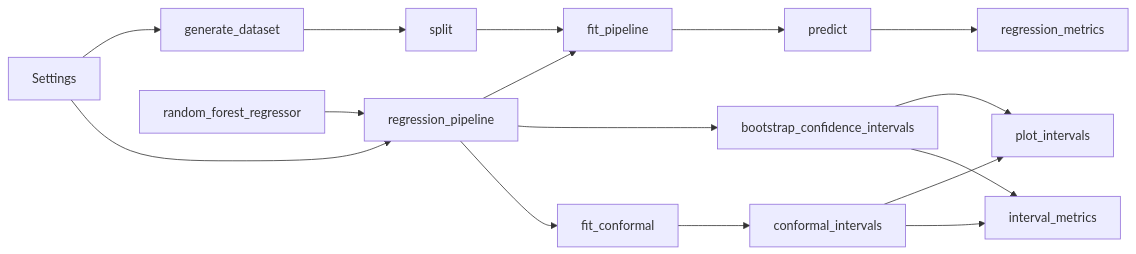
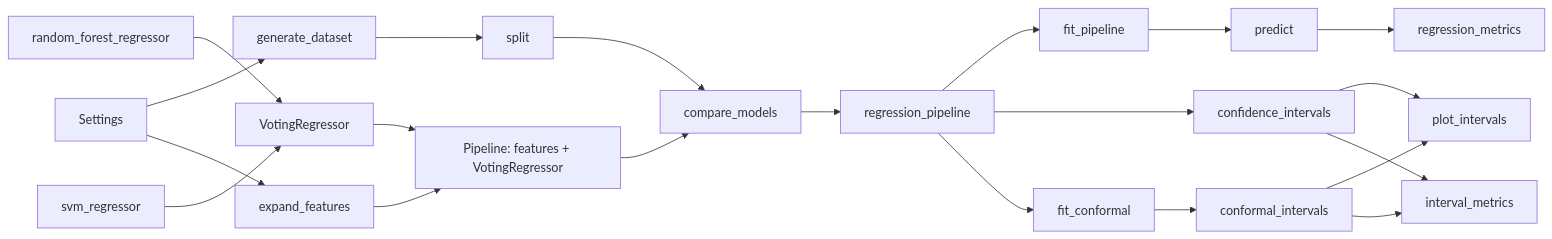
Before and after one commit to ELC/jupyter-book-template: the diagram in AGENTS.md, drawn with Mermaid. The commit also changed other lines of this file and 27 other files, not shown here.

Commit message:
refactor: replace MultiRegressor with VotingRegressor in pipeline, implement cross-validation confidence intervals, and update related tests for improved clarity and functionality

````diff
--- a/AGENTS.md
+++ b/AGENTS.md
@@ -56,18 +58,23 @@
 ```mermaid
 flowchart LR
   Settings --> generate_dataset
-  Settings --> regression_pipeline
-  random_forest_regressor --> regression_pipeline
+  Settings --> expand_features
+  expand_features --> ensemble_pipeline[Pipeline: features + VotingRegressor]
+  random_forest_regressor --> VotingRegressor
+  svm_regressor --> VotingRegressor
+  VotingRegressor --> ensemble_pipeline
+  ensemble_pipeline --> compare_models
   generate_dataset --> split
-  split --> fit_pipeline
+  split --> compare_models
+  compare_models --> regression_pipeline
   regression_pipeline --> fit_pipeline
   fit_pipeline --> predict
   predict --> regression_metrics
-  regression_pipeline --> bootstrap_confidence_intervals
+  regression_pipeline --> confidence_intervals
   regression_pipeline --> fit_conformal
   fit_conformal --> conformal_intervals
-  bootstrap_confidence_intervals --> plot_intervals
+  confidence_intervals --> plot_intervals
   conformal_intervals --> plot_intervals
   conformal_intervals --> interval_metrics
-  bootstrap_confidence_intervals --> interval_metrics
+  confidence_intervals --> interval_metrics
 ```
````
